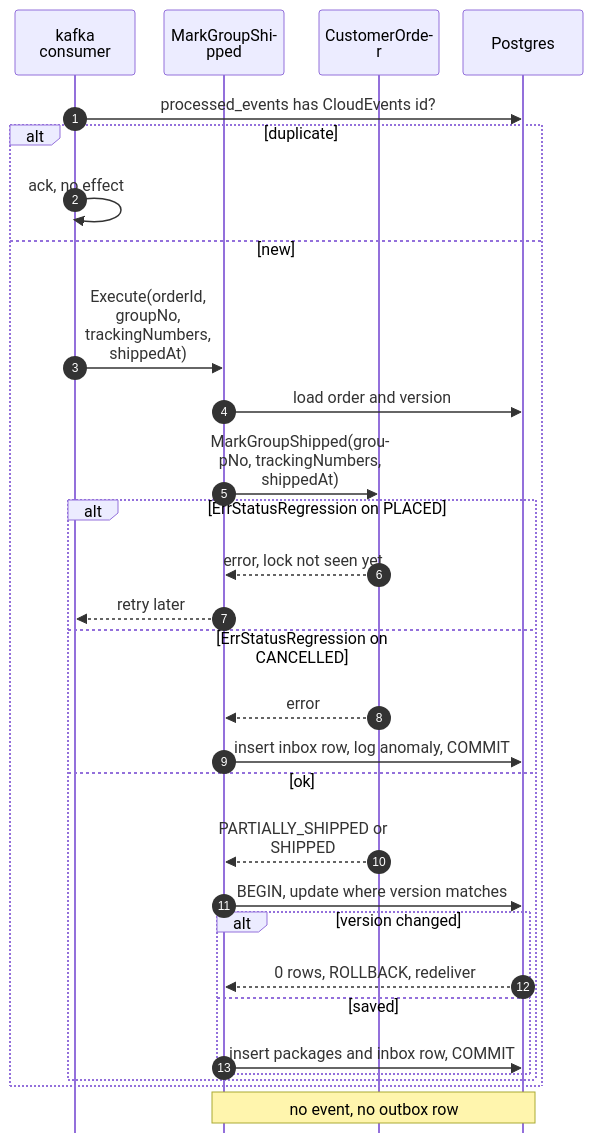
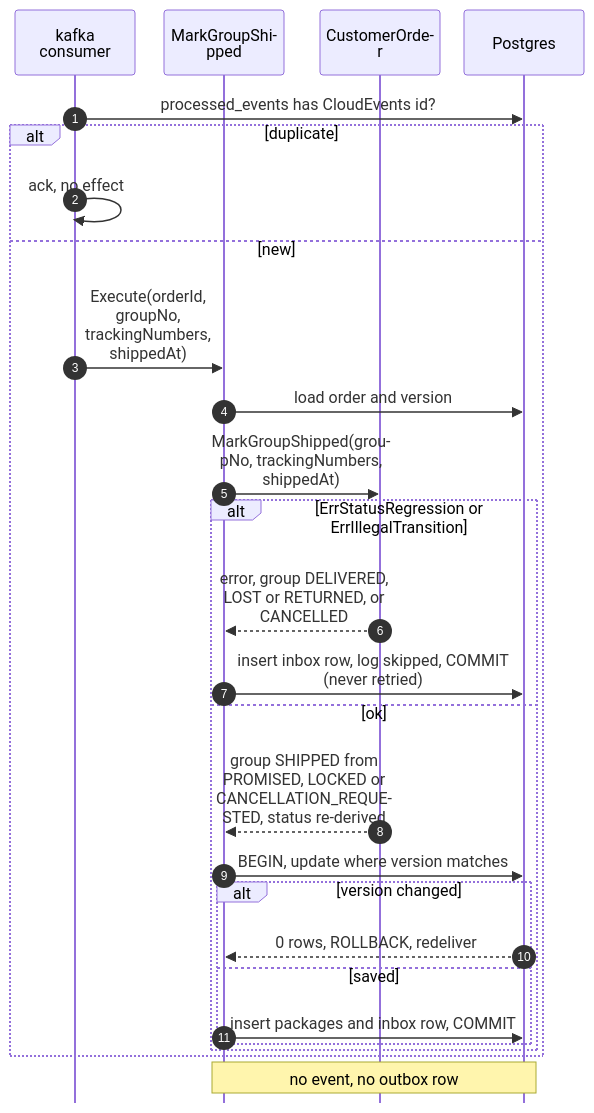
Before and after one commit to IQVO/warehouse-docs: the sixth of 8 diagrams in network/docs/contexts/customer-ordering/sequence-diagrams.md, drawn with Mermaid. The commit also changed other lines of this file and 11 other files, not shown here.

Commit message:
docs(network): customer-ordering pack and model follow the repo (A9 shopper check, derived status, cancel request, slugs, PromiseUnkeepable)

````diff
--- a/network/docs/contexts/customer-ordering/sequence-diagrams.md
+++ b/network/docs/contexts/customer-ordering/sequence-diagrams.md
@@ -265,33 +269,30 @@
 ```mermaid
 %%{init: {"sequence": {"wrap": true, "width": 120, "actorMargin": 24, "messageMargin": 28, "boxMargin": 6, "noteMargin": 6, "mirrorActors": false}}}%%
 sequenceDiagram
     autonumber
     participant KC as kafka consumer
     participant UC as MarkGroupShipped
     participant A as CustomerOrder
     participant DB as Postgres
     KC->>DB: processed_events has CloudEvents id?
     alt duplicate
         KC->>KC: ack, no effect
     else new
         KC->>UC: Execute(orderId, groupNo, trackingNumbers, shippedAt)
         UC->>DB: load order and version
         UC->>A: MarkGroupShipped(groupNo, trackingNumbers, shippedAt)
-        alt ErrStatusRegression on PLACED
-            A-->>UC: error, lock not seen yet
-            UC-->>KC: retry later
-        else ErrStatusRegression on CANCELLED
-            A-->>UC: error
-            UC->>DB: insert inbox row, log anomaly, COMMIT
+        alt ErrStatusRegression or ErrIllegalTransition
+            A-->>UC: error, group DELIVERED, LOST or RETURNED, or CANCELLED
+            UC->>DB: insert inbox row, log skipped, COMMIT (never retried)
         else ok
-            A-->>UC: PARTIALLY_SHIPPED or SHIPPED
+            A-->>UC: group SHIPPED from PROMISED, LOCKED or CANCELLATION_REQUESTED, status re-derived
             UC->>DB: BEGIN, update where version matches
             alt version changed
                 DB-->>UC: 0 rows, ROLLBACK, redeliver
             else saved
                 UC->>DB: insert packages and inbox row, COMMIT
             end
         end
     end
     Note over UC,DB: no event, no outbox row
 ```
````
